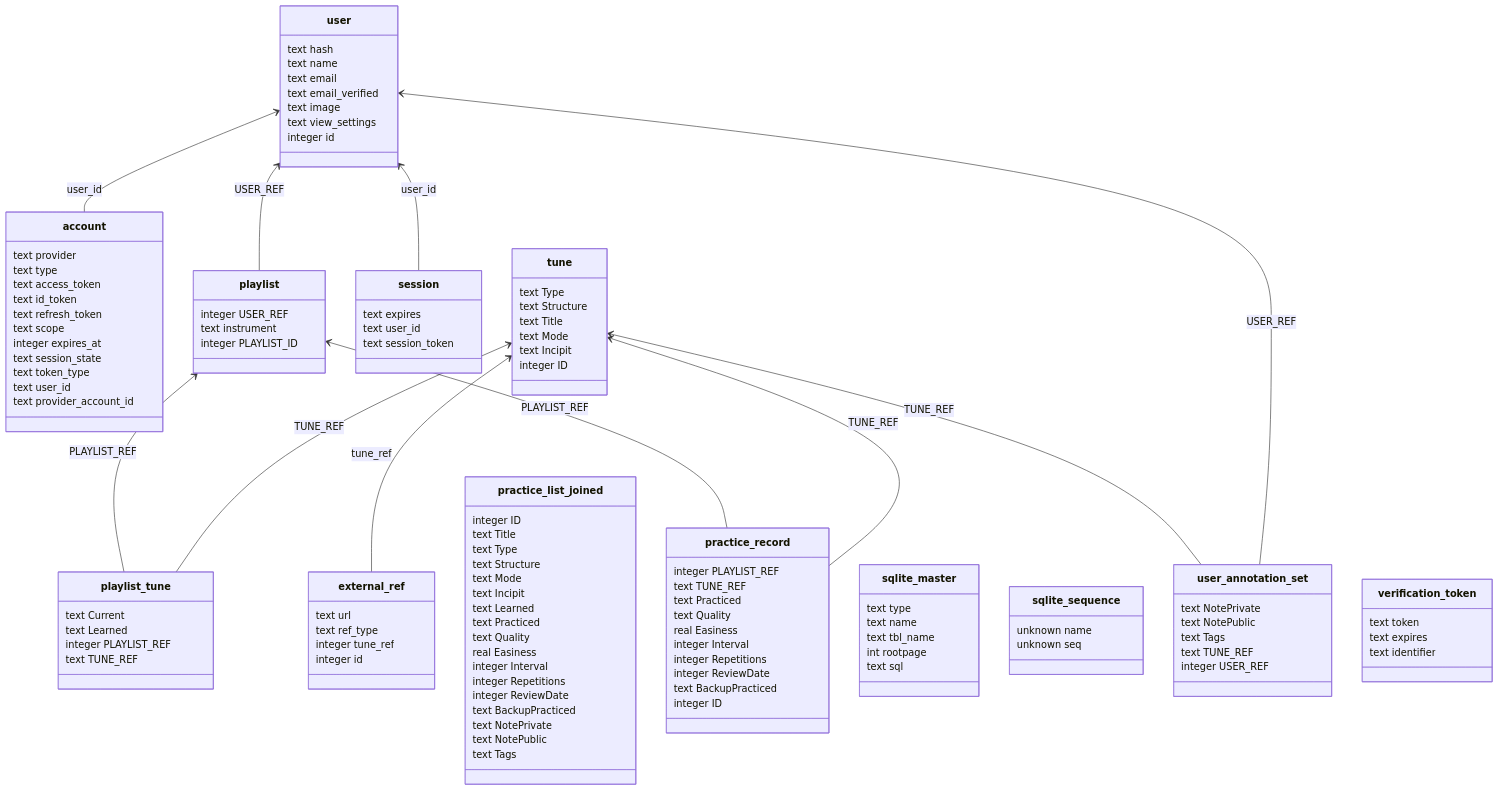
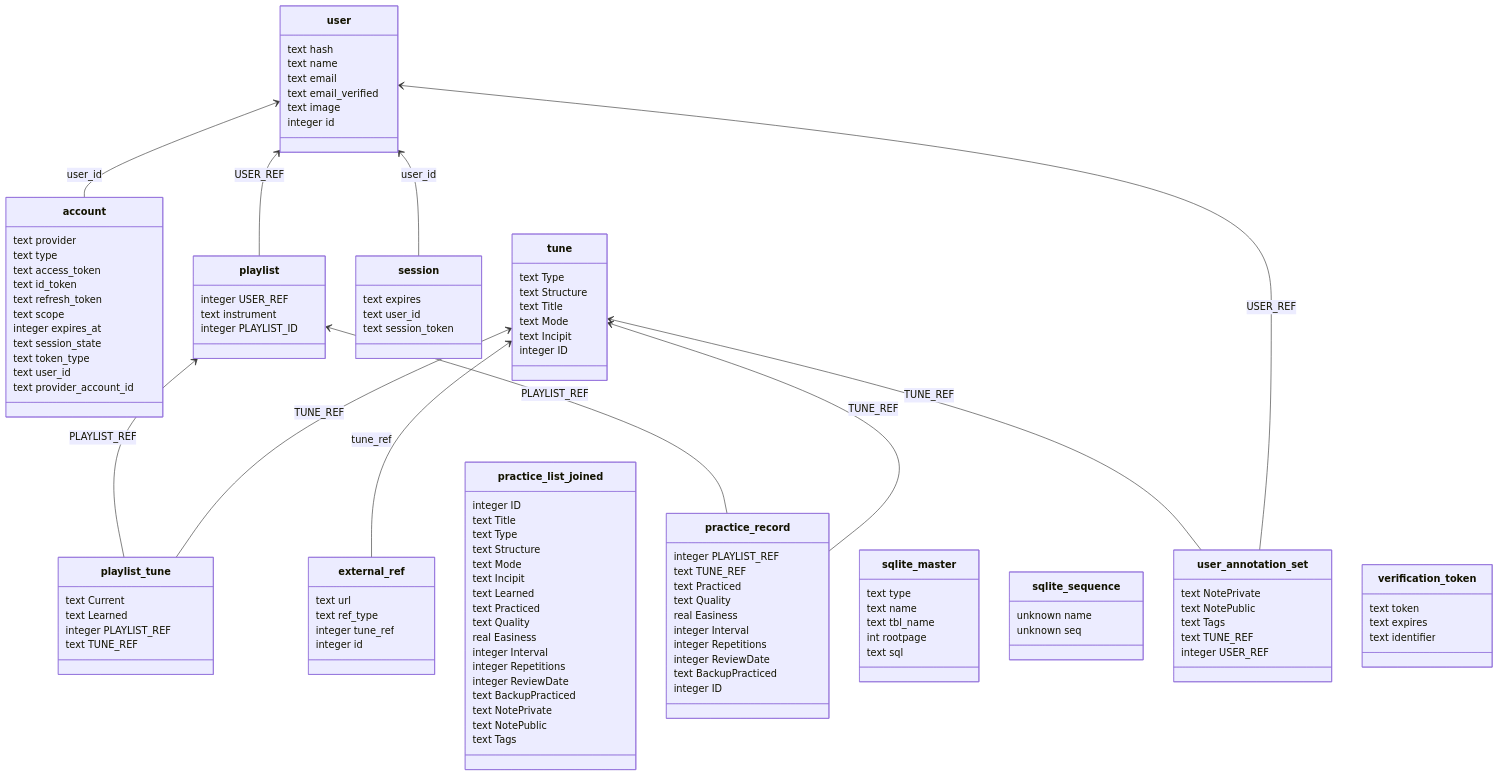
One commit to sboagy/tunetrees changed the diagram in tt_erd2.mmd. Above: the diagram before and after it, drawn with Mermaid. The commit also changed 70 other files, not shown here.

```diff
--- a/tt_erd2.mmd
+++ b/tt_erd2.mmd
@@ -1,119 +1,118 @@
 classDiagram
 direction BT
 class account {
    text provider
    text type
    text access_token
    text id_token
    text refresh_token
    text scope
    integer expires_at
    text session_state
    text token_type
    text user_id
    text provider_account_id
 }
 class external_ref {
    text url
    text ref_type
    integer tune_ref
    integer id
 }
 class playlist {
    integer USER_REF
    text instrument
    integer PLAYLIST_ID
 }
 class playlist_tune {
    text Current
    text Learned
    integer PLAYLIST_REF
    text TUNE_REF
 }
 class practice_list_joined {
    integer ID
    text Title
    text Type
    text Structure
    text Mode
    text Incipit
    text Learned
    text Practiced
    text Quality
    real Easiness
    integer Interval
    integer Repetitions
    integer ReviewDate
    text BackupPracticed
    text NotePrivate
    text NotePublic
    text Tags
 }
 class practice_record {
    integer PLAYLIST_REF
    text TUNE_REF
    text Practiced
    text Quality
    real Easiness
    integer Interval
    integer Repetitions
    integer ReviewDate
    text BackupPracticed
    integer ID
 }
 class session {
    text expires
    text user_id
    text session_token
 }
 class sqlite_master {
    text type
    text name
    text tbl_name
    int rootpage
    text sql
 }
 class sqlite_sequence {
    unknown name
    unknown seq
 }
 class tune {
    text Type
    text Structure
    text Title
    text Mode
    text Incipit
    integer ID
 }
 class user {
    text hash
    text name
    text email
    text email_verified
    text image
-   text view_settings
    integer id
 }
 class user_annotation_set {
    text NotePrivate
    text NotePublic
    text Tags
    text TUNE_REF
    integer USER_REF
 }
 class verification_token {
    text token
    text expires
    text identifier
 }
 
 account  -->  user : user_id
 external_ref  -->  tune : tune_ref
 playlist  -->  user : USER_REF
 playlist_tune  -->  playlist : PLAYLIST_REF
 playlist_tune  -->  tune : TUNE_REF
 practice_record  -->  playlist : PLAYLIST_REF
 practice_record  -->  tune : TUNE_REF
 session  -->  user : user_id
 user_annotation_set  -->  tune : TUNE_REF
 user_annotation_set  -->  user : USER_REF
```
